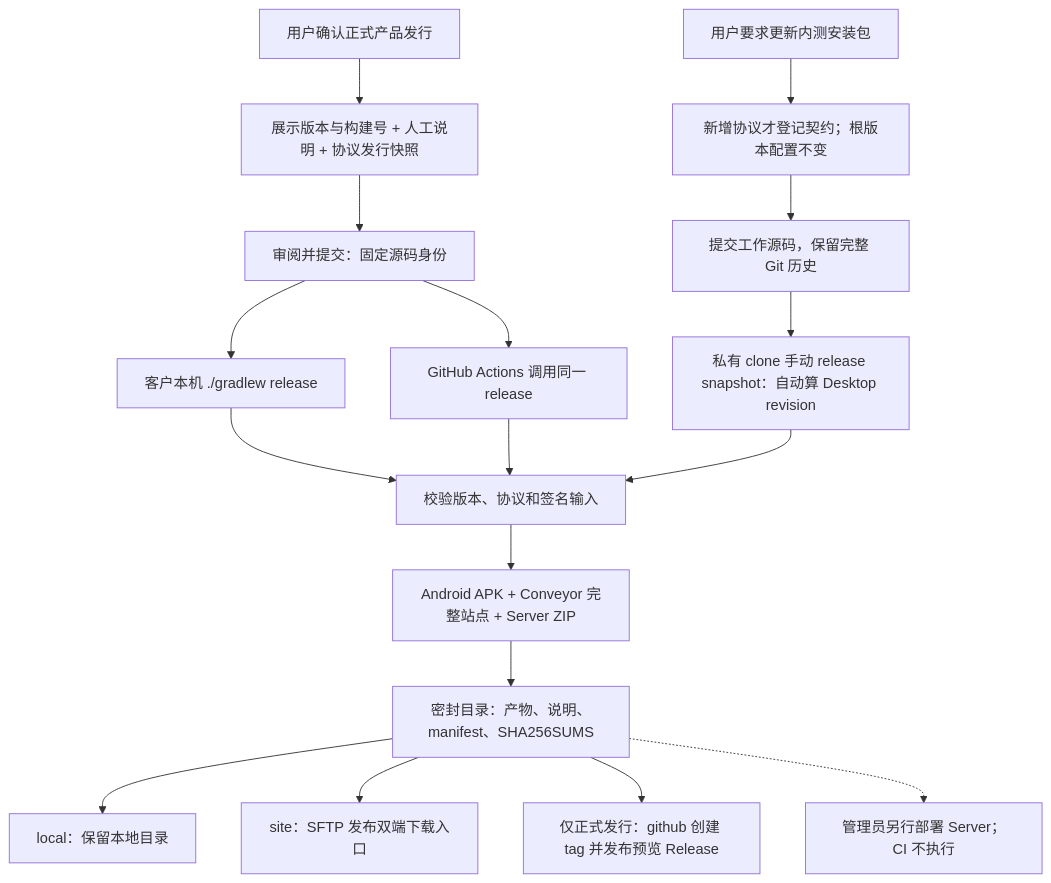
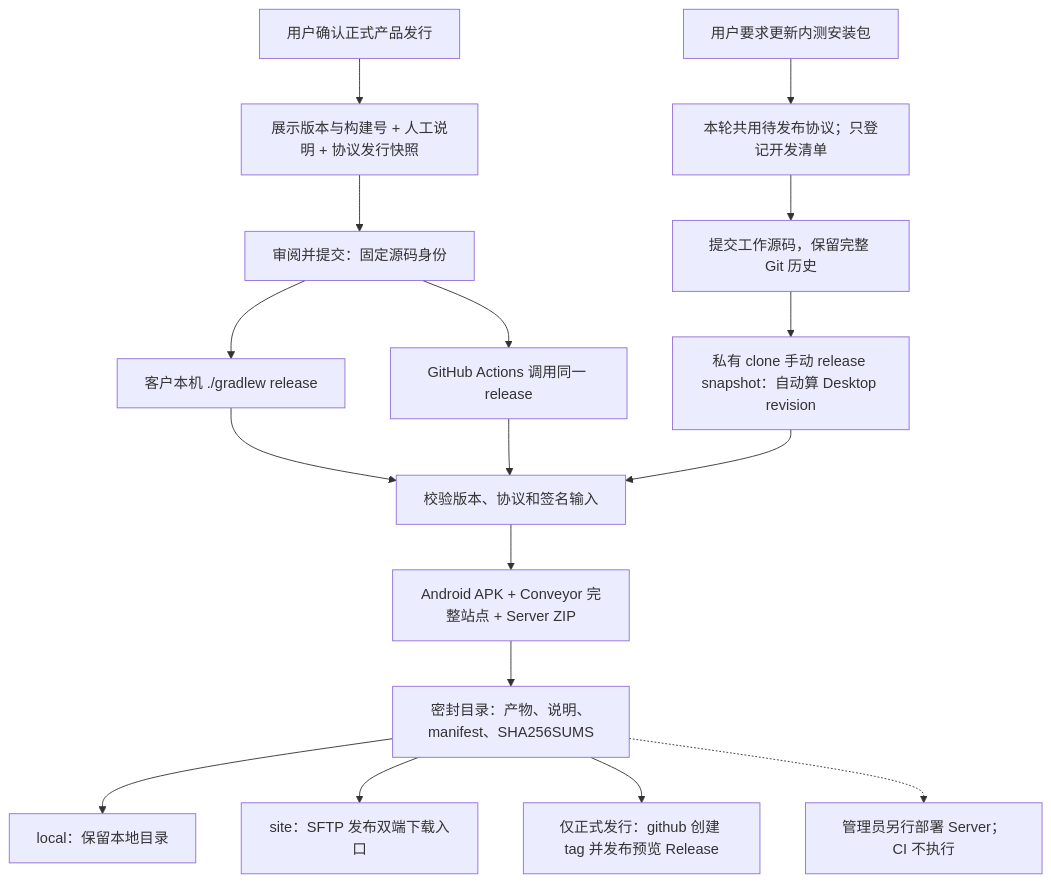
The diagram in doc/07-operations/releasing.md (virjar/team-talk), drawn with Mermaid before and after one commit. The commit also changed other lines of this file and 24 other files, not shown here.

````diff
--- a/doc/07-operations/releasing.md
+++ b/doc/07-operations/releasing.md
@@ -40,19 +41,19 @@
 ```mermaid
 flowchart TD
     Approval["用户确认正式产品发行"] --> Root
     Root["展示版本与构建号 + 人工说明 + 协议发行快照"] --> Commit["审阅并提交：固定源码身份"]
-    TestApproval["用户要求更新内测安装包"] --> Snapshot["新增协议才登记契约；根版本配置不变"]
+    TestApproval["用户要求更新内测安装包"] --> Snapshot["本轮共用待发布协议；只登记开发清单"]
     Snapshot --> SnapshotCommit["提交工作源码，保留完整 Git 历史"]
     SnapshotCommit --> SnapshotTask["私有 clone 手动 release snapshot：自动算 Desktop revision"]
     Commit --> Local["客户本机 ./gradlew release"]
     Commit --> CI["GitHub Actions 调用同一 release"]
     Local --> Verify["校验版本、协议和签名输入"]
     CI --> Verify
     SnapshotTask --> Verify
     Verify --> Producers["Android APK + Conveyor 完整站点 + Server ZIP"]
     Producers --> Seal["密封目录：产物、说明、manifest、SHA256SUMS"]
     Seal --> Disk["local：保留本地目录"]
     Seal --> Site["site：SFTP 发布双端下载入口"]
     Seal --> GitHub["仅正式发行：github 创建 tag 并发布预览 Release"]
     Seal -.-> Admin["管理员另行部署 Server；CI 不执行"]
 ```
````
